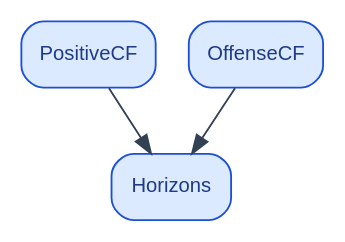
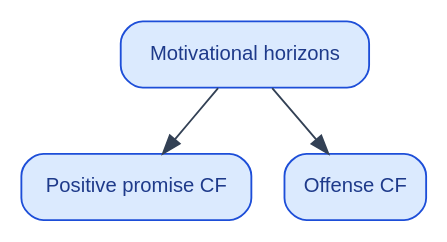
One commit to catskillsresearch/nowakowska1982 changed the diagram in Actions/Promise/Promise.dot. Above: the diagram before and after it, drawn with Graphviz. The commit also changed 11 other files, not shown here.

First line of the commit message:
Fix import diagrams: subsection-title labels and A→B import edges.

```diff
--- a/Actions/Promise/Promise.dot
+++ b/Actions/Promise/Promise.dot
@@ -1,13 +1,14 @@
 digraph Promise {
   rankdir=TB;
   node [shape=box, style="rounded,filled", fillcolor="#dbeafe",
         color="#1d4ed8", fontname="Helvetica", fontsize=11, fontcolor="#1e3a8a"];
   edge [color="#334155"];
 
-  Horizons [label="Horizons"];
-  PositiveCF [label="PositiveCF"];
-  OffenseCF [label="OffenseCF"];
+  // Labels = subsection titles. Edge A -> B means B imports A.
+  Horizons [label="Motivational horizons"];
+  PositiveCF [label="Positive promise CF"];
+  OffenseCF [label="Offense CF"];
 
-  PositiveCF -> Horizons;
-  OffenseCF -> Horizons;
+  Horizons -> PositiveCF;
+  Horizons -> OffenseCF;
 }
```
